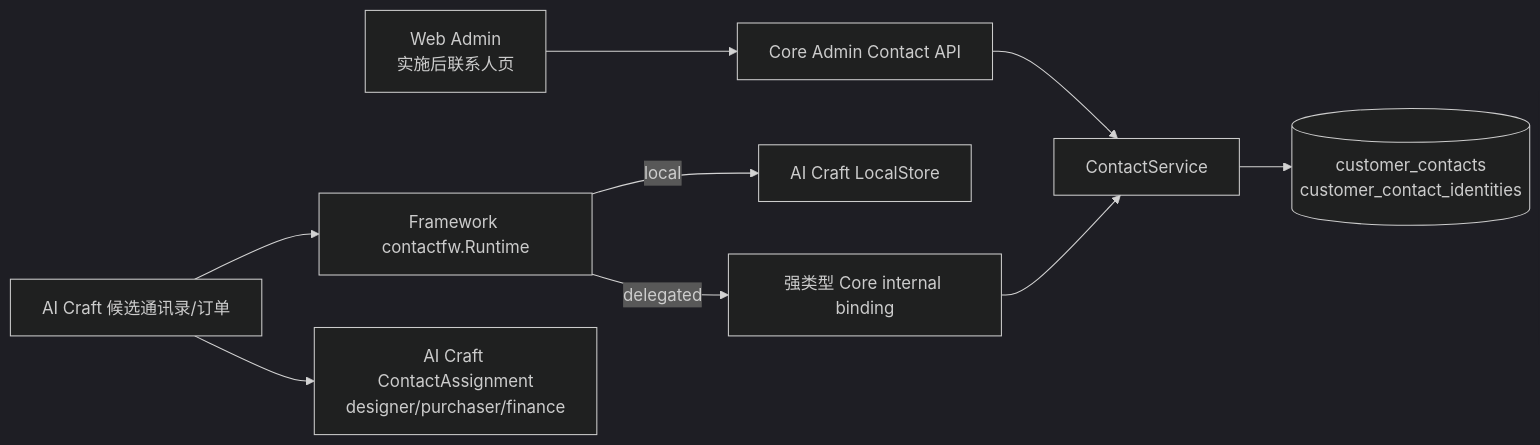
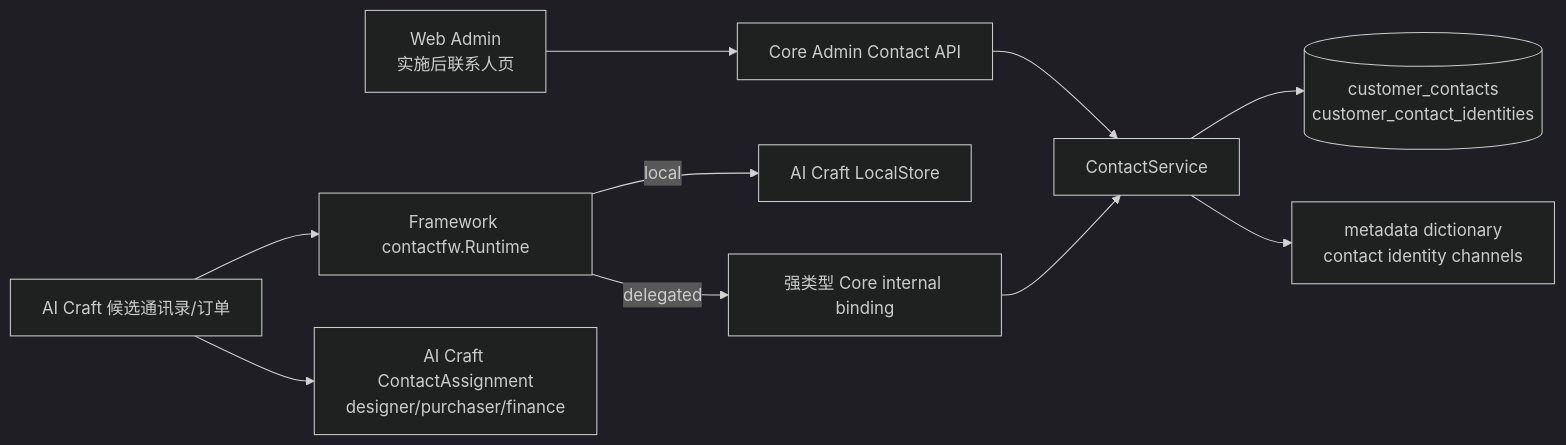
The first of 3 diagrams in docs/guides/features/030-customer-contact/guide.md (ArtisanCloud/PowerX), drawn with Mermaid (dark theme) before and after one commit. The commit also changed other lines of this file and 252 other files, not shown here.

````diff
--- a/docs/guides/features/030-customer-contact/guide.md
+++ b/docs/guides/features/030-customer-contact/guide.md
@@ -24,11 +26,12 @@
 ```mermaid
 flowchart LR
   Admin[Web Admin\n实施后联系人页] --> AdminAPI[Core Admin Contact API]
   AdminAPI --> ContactSvc[ContactService]
   ContactSvc --> DB[(customer_contacts\ncustomer_contact_identities)]
+  ContactSvc --> Dictionary[metadata dictionary\ncontact identity channels]
   AICraft[AI Craft 候选通讯录/订单] --> ContactRuntime[Framework contactfw.Runtime]
   ContactRuntime -->|local| LocalStore[AI Craft LocalStore]
   ContactRuntime -->|delegated| TypedCore[强类型 Core internal binding]
   TypedCore --> ContactSvc
   AICraft --> Assignment[AI Craft ContactAssignment\ndesigner/purchaser/finance]
 ```
````
